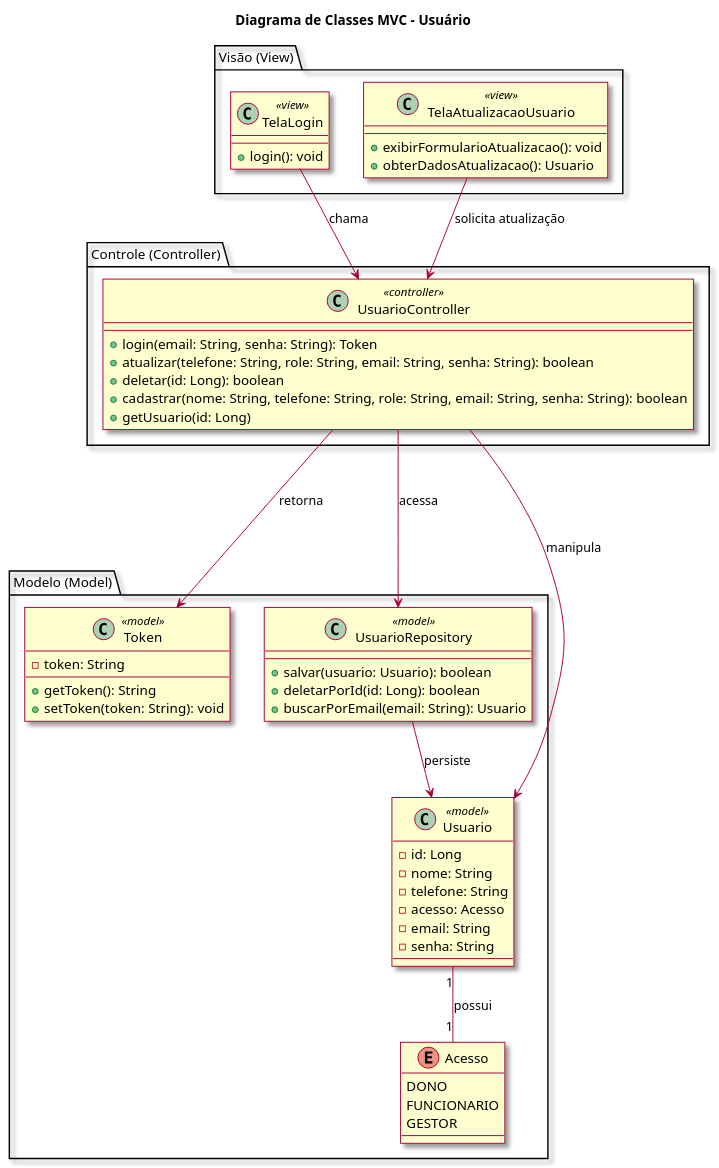
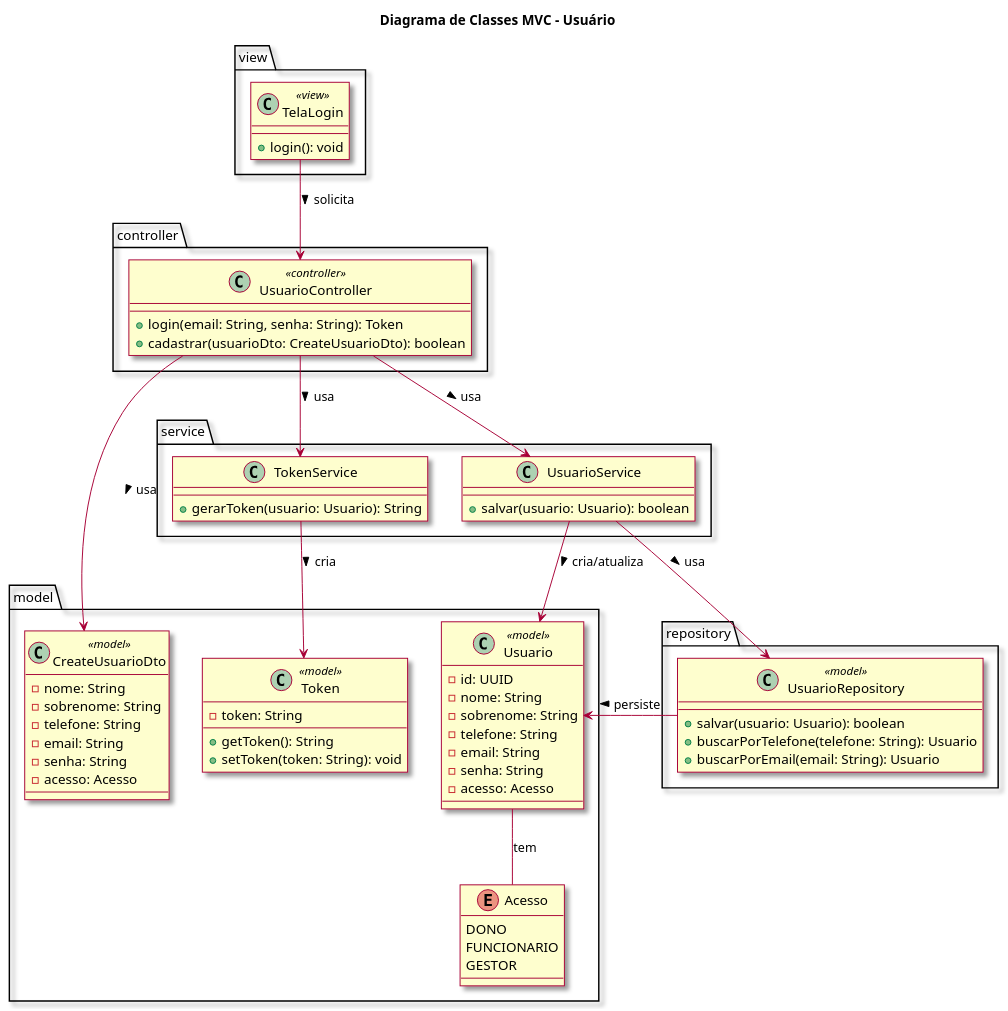
Before and after one commit to CristianoMends/sys-agua: the diagram in Docs/Entrega 2/modelagem/classes/mvc_usuario.puml, drawn with PlantUML.

Commit message:
refactor: atualizado diagrama de classes de acordo com o projeto

```diff
--- a/Docs/Entrega 2/modelagem/classes/mvc_usuario.puml
+++ b/Docs/Entrega 2/modelagem/classes/mvc_usuario.puml
@@ -1,68 +1,78 @@
 @startuml Usuario
 skin rose
 title Diagrama de Classes MVC - Usuário
 
-package "Visão (View)" {
+package "view" {
     class TelaLogin <<view>> {
         + login(): void
     }
+}
 
-    class TelaAtualizacaoUsuario <<view>> {
-        + exibirFormularioAtualizacao(): void
-        + obterDadosAtualizacao(): Usuario
+package "controller" {
+    class UsuarioController <<controller>> {
+        + login(email: String, senha: String): Token
+        + cadastrar(usuarioDto: CreateUsuarioDto): boolean
     }
 }
 
-package "Controle (Controller)" {
-    class UsuarioController <<controller>> {
-        + login(email: String, senha: String): Token
-        + atualizar(telefone: String, role: String, email: String, senha: String): boolean
-        + deletar(id: Long): boolean
-        + cadastrar(nome: String, telefone: String, role: String, email: String, senha: String): boolean
-        + getUsuario(id: Long)
+package "model" {
+    class CreateUsuarioDto <<model>> {
+        - nome: String
+        - sobrenome: String
+        - telefone: String
+        - email: String
+        - senha: String
+        - acesso: Acesso
     }
-}
-
-package "Modelo (Model)" {
     class Token <<model>> {
         - token: String
         --
         + getToken(): String
         + setToken(token: String): void
     }
 
     class Usuario <<model>> {
-        - id: Long
+        - id: UUID
         - nome: String
+        - sobrenome: String
         - telefone: String
-        - acesso: Acesso
         - email: String
         - senha: String
+        - acesso: Acesso
     }
-    enum Acesso{
+    enum Acesso {
         DONO
         FUNCIONARIO
         GESTOR
     }
+}
 
+package service {
+    class UsuarioService {
+        + salvar(usuario: Usuario): boolean
+    }
+    class TokenService {
+        + gerarToken(usuario: Usuario): String
+    }
+}
+
+package repository {
     class UsuarioRepository <<model>> {
         + salvar(usuario: Usuario): boolean
-        + deletarPorId(id: Long): boolean
+        + buscarPorTelefone(telefone: String): Usuario
         + buscarPorEmail(email: String): Usuario
     }
 }
 
-'Tela para Controller
-TelaLogin --> UsuarioController : chama
-TelaAtualizacaoUsuario --> UsuarioController : solicita atualização
-
-'Controller para Model
-UsuarioController ----> Usuario : manipula
-UsuarioController --> Token : retorna
-UsuarioController --> UsuarioRepository : acessa
-
-'Repository para Model
-UsuarioRepository --> Usuario : persiste
-Usuario "1"--"1" Acesso: possui
+' Relações entre as classes
+TelaLogin --> UsuarioController : solicita >
+UsuarioController --> UsuarioService : usa >
+UsuarioController --> CreateUsuarioDto : usa >
+UsuarioController --> TokenService : usa >
+UsuarioService --> UsuarioRepository : usa >
+UsuarioService --> Usuario : cria/atualiza >
+TokenService --> Token : cria >
+UsuarioRepository -> Usuario : persiste >
+Usuario -- Acesso: tem
 
 @enduml
```
